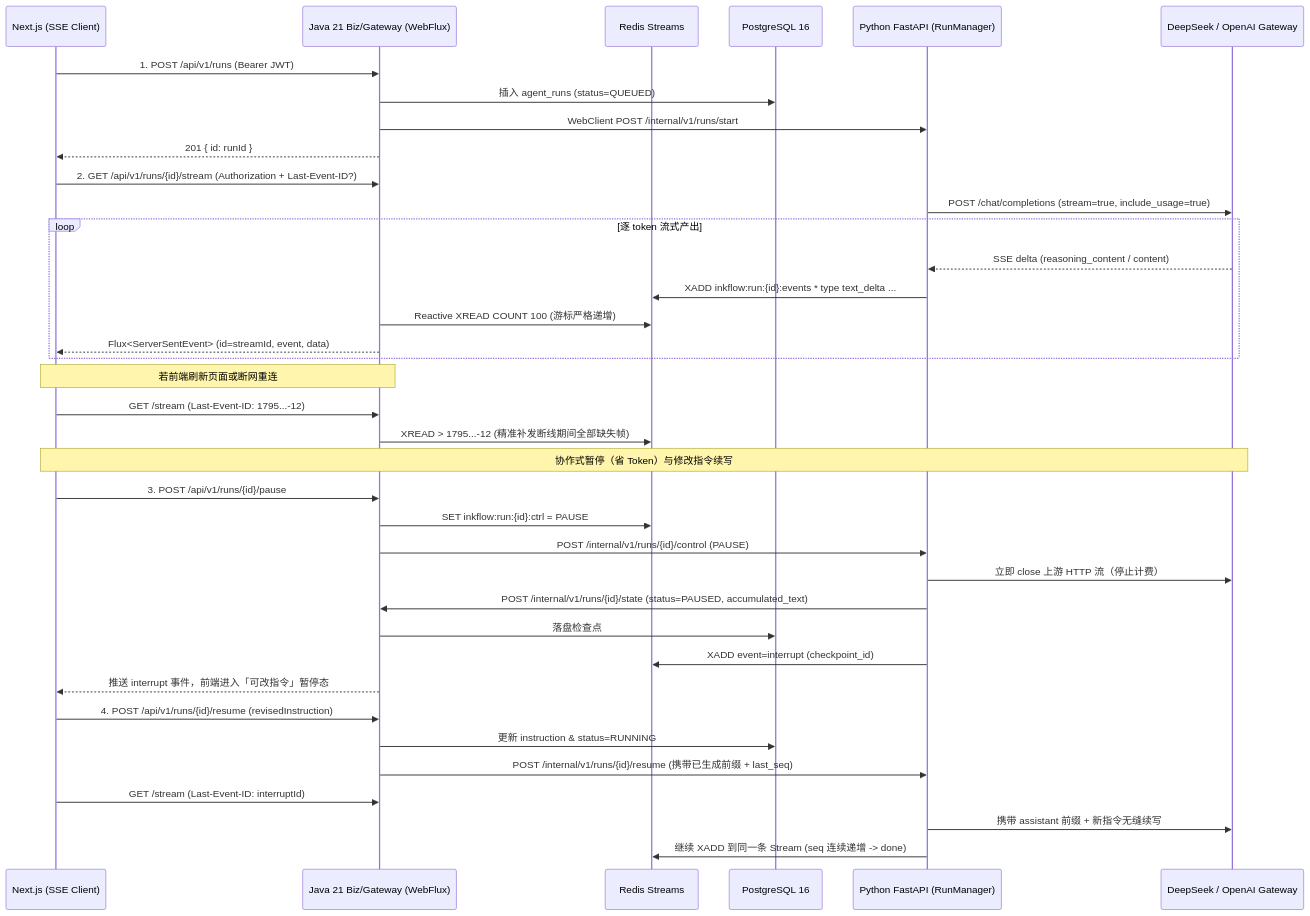
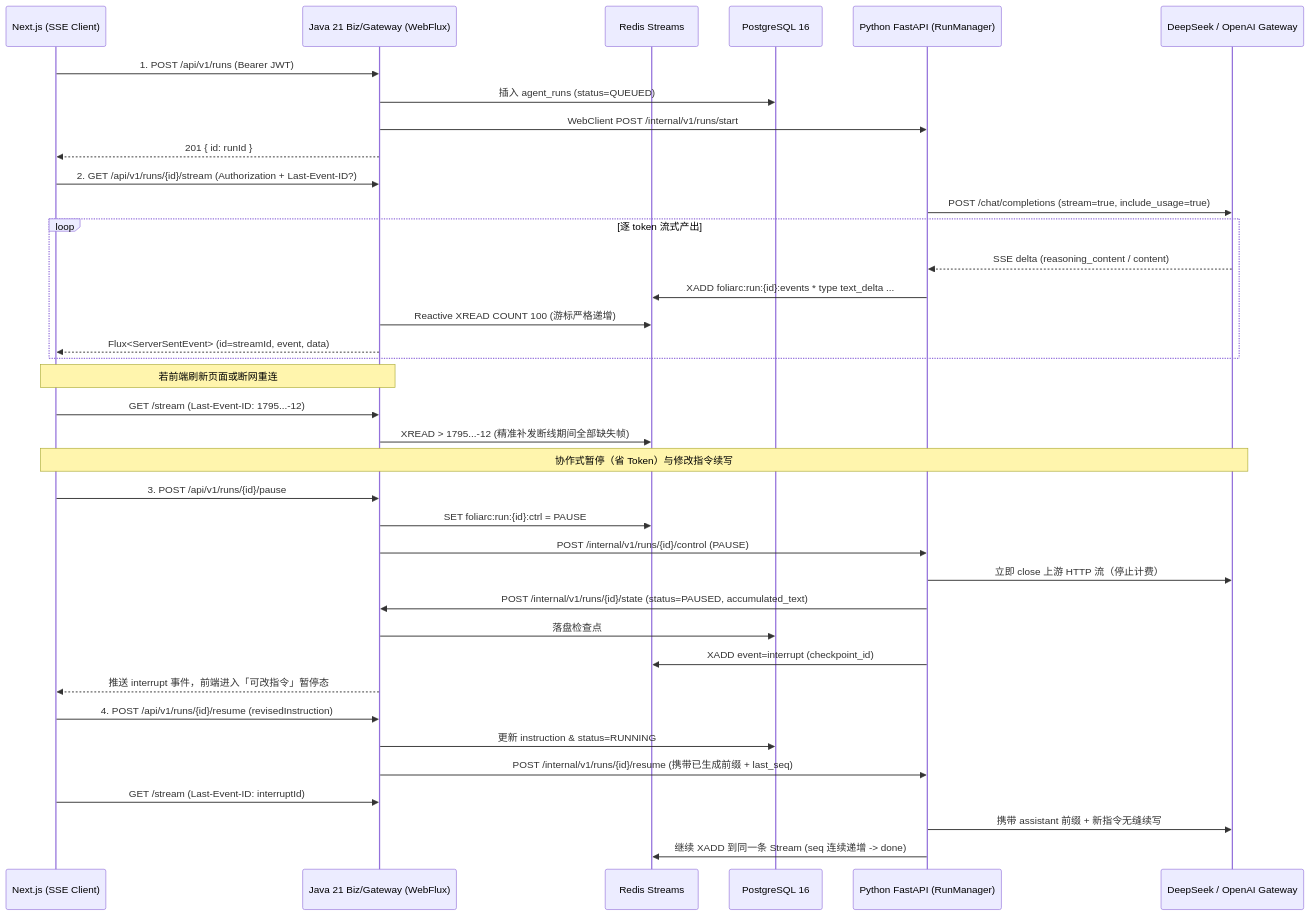
The diagram in docs/PHASE1_SSE_GUIDE.md (redpandaex/foliarc-studio), drawn with Mermaid before and after one commit. The commit also changed other lines of this file and 206 other files, not shown here.

````diff
--- a/docs/PHASE1_SSE_GUIDE.md
+++ b/docs/PHASE1_SSE_GUIDE.md
@@ -14,44 +14,44 @@
 ```mermaid
 sequenceDiagram
     participant FE as Next.js (SSE Client)
     participant GW as Java 21 Biz/Gateway (WebFlux)
     participant RD as Redis Streams
     participant PG as PostgreSQL 16
     participant PY as Python FastAPI (RunManager)
     participant LLM as DeepSeek / OpenAI Gateway
 
     FE->>GW: 1. POST /api/v1/runs (Bearer JWT)
     GW->>PG: 插入 agent_runs (status=QUEUED)
     GW->>PY: WebClient POST /internal/v1/runs/start
     GW-->>FE: 201 { id: runId }
 
     FE->>GW: 2. GET /api/v1/runs/{id}/stream (Authorization + Last-Event-ID?)
     PY->>LLM: POST /chat/completions (stream=true, include_usage=true)
     loop 逐 token 流式产出
         LLM-->>PY: SSE delta (reasoning_content / content)
-        PY->>RD: XADD inkflow:run:{id}:events * type text_delta ...
+        PY->>RD: XADD foliarc:run:{id}:events * type text_delta ...
         GW->>RD: Reactive XREAD COUNT 100 (游标严格递增)
         GW-->>FE: Flux<ServerSentEvent> (id=streamId, event, data)
     end
 
     Note over FE,GW: 若前端刷新页面或断网重连
     FE->>GW: GET /stream (Last-Event-ID: 1795...-12)
     GW->>RD: XREAD > 1795...-12 (精准补发断线期间全部缺失帧)
 
     Note over FE,LLM: 协作式暂停（省 Token）与修改指令续写
     FE->>GW: 3. POST /api/v1/runs/{id}/pause
-    GW->>RD: SET inkflow:run:{id}:ctrl = PAUSE
+    GW->>RD: SET foliarc:run:{id}:ctrl = PAUSE
     GW->>PY: POST /internal/v1/runs/{id}/control (PAUSE)
     PY->>LLM: 立即 close 上游 HTTP 流（停止计费）
     PY->>GW: POST /internal/v1/runs/{id}/state (status=PAUSED, accumulated_text)
     GW->>PG: 落盘检查点
     PY->>RD: XADD event=interrupt (checkpoint_id)
     GW-->>FE: 推送 interrupt 事件，前端进入「可改指令」暂停态
 
     FE->>GW: 4. POST /api/v1/runs/{id}/resume (revisedInstruction)
     GW->>PG: 更新 instruction & status=RUNNING
     GW->>PY: POST /internal/v1/runs/{id}/resume (携带已生成前缀 + last_seq)
     FE->>GW: GET /stream (Last-Event-ID: interruptId)
     PY->>LLM: 携带 assistant 前缀 + 新指令无缝续写
     PY->>RD: 继续 XADD 到同一条 Stream (seq 连续递增 -> done)
 ```
````
